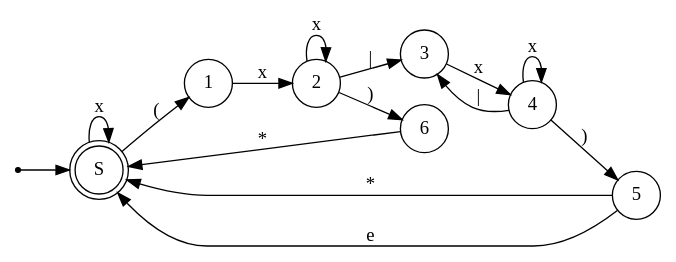
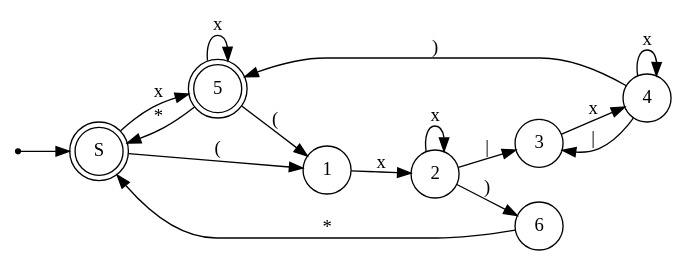
The fifth of 5 diagrams in Разбор вариантов РК1 по ТФЯ 2024.md (HumsterProgrammer/iu9-tfl-practice), drawn with Graphviz before and after one commit. The commit also changed other lines of this file and 1 other file, not shown here.

````diff
--- a/Разбор вариантов РК1 по ТФЯ 2024.md
+++ b/Разбор вариантов РК1 по ТФЯ 2024.md
@@ -120,22 +120,22 @@
 ```dot
 digraph{
 	rankdir=LR
 	node[shape=circle]
 	point[shape=point]
-	S [shape=doublecircle]
+	S,5 [shape=doublecircle]
 
 	point -> S
-	S -> S[label=x]
 	S -> 1[label="("]
 	1,2 -> 2[label="x"]
 	2 -> 3 [label="|"]
 	3,4 -> 4 [label="x"]
 	4 -> 3 [label="|"]
 	4 -> 5 [label=")"]
 	5 -> S [label="*"]
-	5 -> S [label="e"]
+	5 -> 1 [label="("]
 	
 	2 -> 6 [label=")"]
 	6 -> S [label="*"]
+	S,5 -> 5 [label=x]
 }
 ```
````
